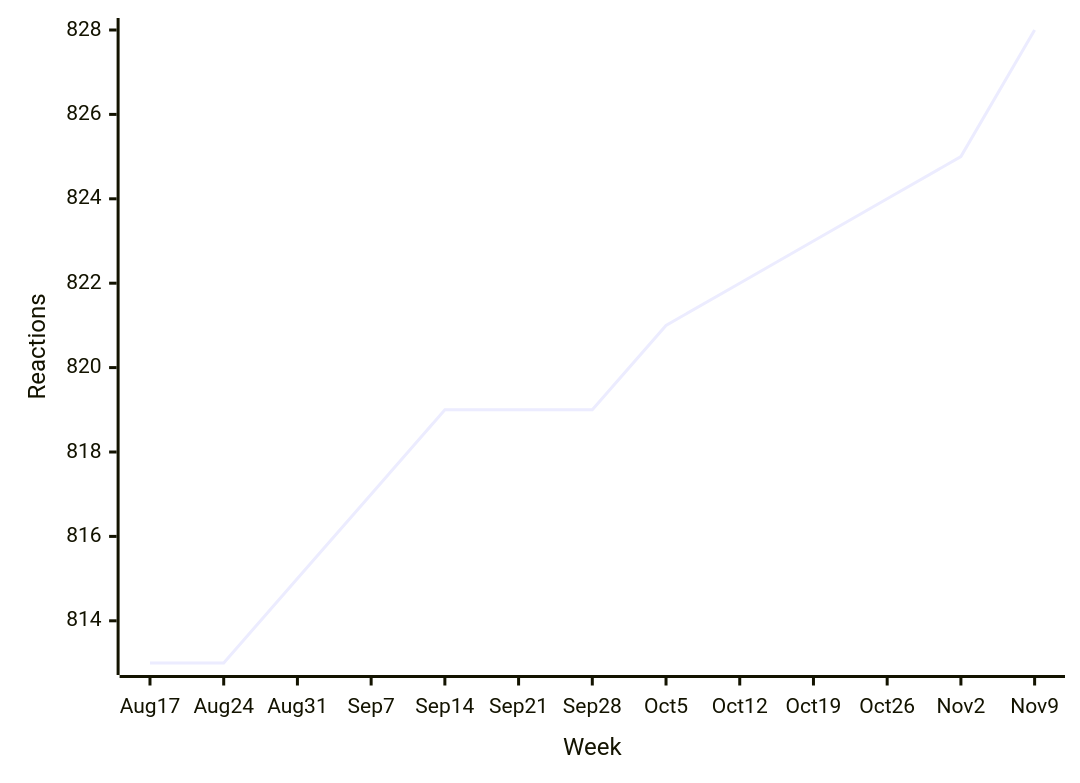
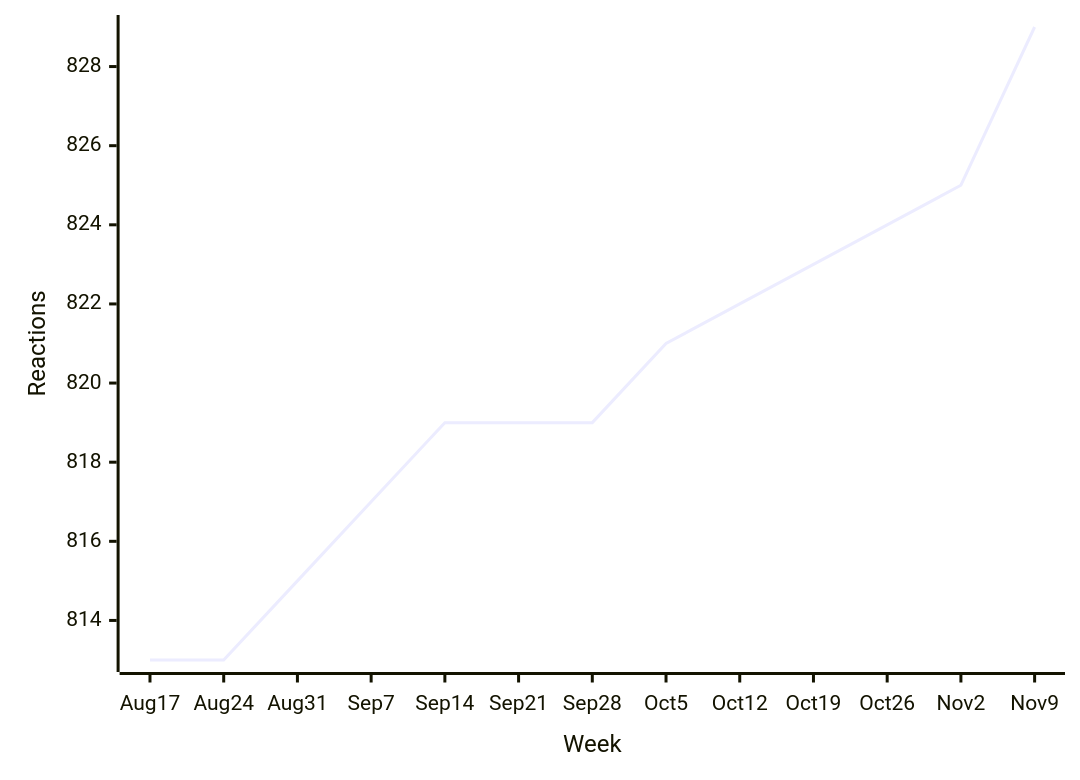
Before and after one commit to loic-sharma/github-insights: the seventh of 38 diagrams in README.md, drawn with Mermaid. The commit also changed other lines of this file and 1 other file, not shown here.

````diff
--- a/README.md
+++ b/README.md
@@ -426,6 +426,6 @@
   ```mermaid
   xychart-beta
     x-axis "Week" [Aug 17, Aug 24, Aug 31, Sep 7, Sep 14, Sep 21, Sep 28, Oct 5, Oct 12, Oct 19, Oct 26, Nov 2, Nov 9]
     y-axis "Reactions"
-    line [813, 813, 815, 817, 819, 819, 819, 821, 822, 823, 824, 825, 828]
+    line [813, 813, 815, 817, 819, 819, 819, 821, 822, 823, 824, 825, 829]
   ```
````
